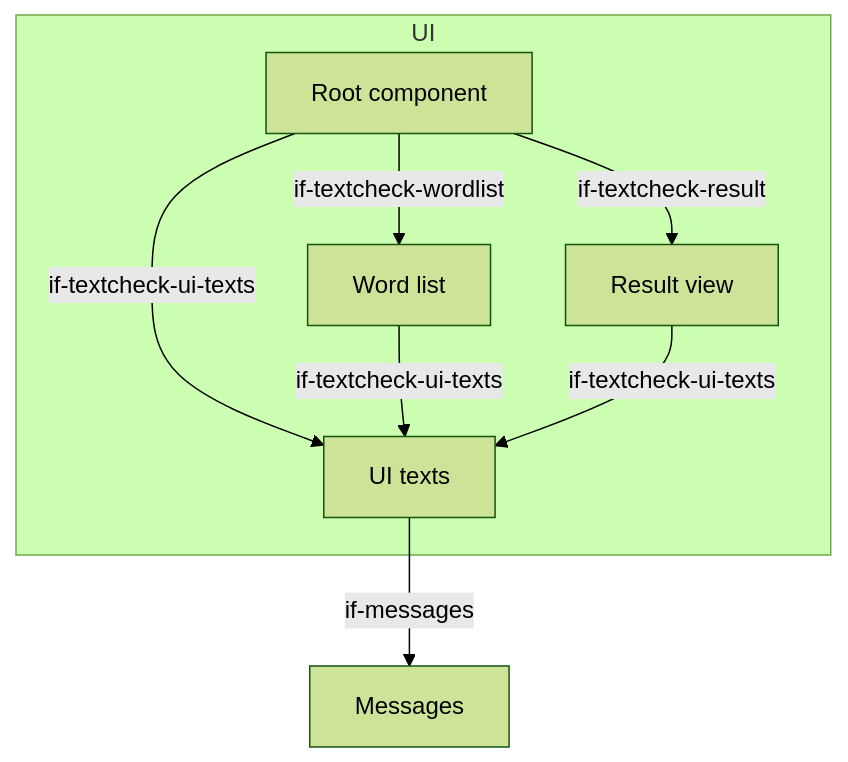
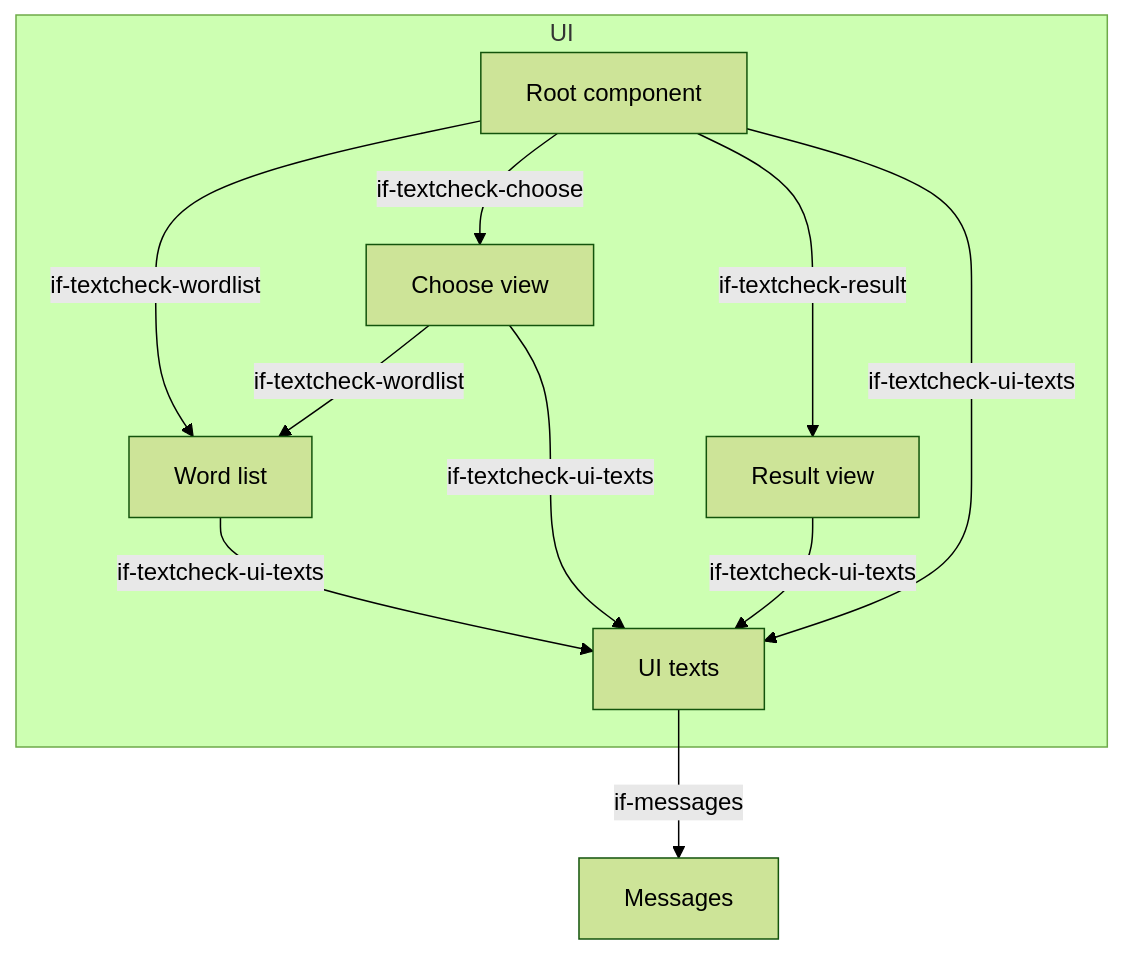
Before and after one commit to mrsimpson/textcheck: the fifth of 6 diagrams in docs/arc42/05-building-blocks.arc42.md, drawn with Mermaid (forest theme). The commit also changed other lines of this file and 7 other files, not shown here.

````diff
--- a/docs/arc42/05-building-blocks.arc42.md
+++ b/docs/arc42/05-building-blocks.arc42.md
@@ -873,16 +873,20 @@
 ```mermaid
 flowchart TB
     subgraph bb-interactive-ui["UI"]
         bb-textcheck-root["Root component"]
         bb-textcheck-wordlist["Word list"]
+        bb-textcheck-choose["Choose view"]
         bb-textcheck-result["Result view"]
         bb-textcheck-ui-texts["UI texts"]
     end
     bb-interactive-messages["Messages"]
     bb-textcheck-root -->|"if-textcheck-wordlist"| bb-textcheck-wordlist
+    bb-textcheck-root -->|"if-textcheck-choose"| bb-textcheck-choose
     bb-textcheck-root -->|"if-textcheck-result"| bb-textcheck-result
+    bb-textcheck-choose -->|"if-textcheck-wordlist"| bb-textcheck-wordlist
+    bb-textcheck-choose -->|"if-textcheck-ui-texts"| bb-textcheck-ui-texts
     bb-textcheck-root -->|"if-textcheck-ui-texts"| bb-textcheck-ui-texts
     bb-textcheck-wordlist -->|"if-textcheck-ui-texts"| bb-textcheck-ui-texts
     bb-textcheck-result -->|"if-textcheck-ui-texts"| bb-textcheck-ui-texts
     bb-textcheck-ui-texts -->|"if-messages"| bb-interactive-messages
 ```
````
